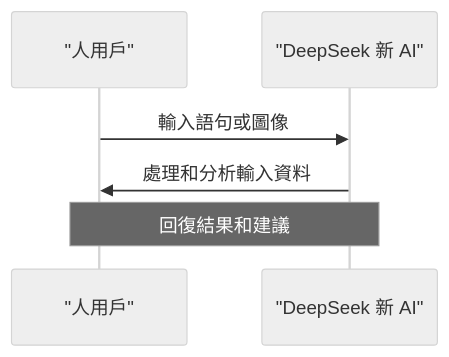
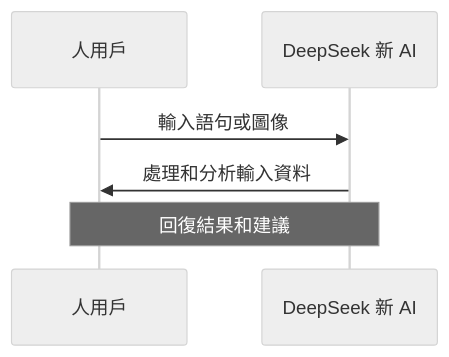
One commit to a920604a/engineernews changed the diagram in src/content/posts/tech/_2026-05-23-deepseeks-new-ai-is-a-game-changer.md. Above: the diagram before and after it, drawn with Mermaid (neutral theme). The commit also changed 2 other files, not shown here.

Commit message:
fix: auto-fix mermaid syntax errors in posts

````diff
--- a/src/content/posts/tech/_2026-05-23-deepseeks-new-ai-is-a-game-changer.md
+++ b/src/content/posts/tech/_2026-05-23-deepseeks-new-ai-is-a-game-changer.md
@@ -29,8 +29,8 @@
 ```mermaid
 sequenceDiagram
-    participant User as "人用戶"
-    participant AI as "DeepSeek 新 AI"
+    participant User as 人用戶
+    participant AI as DeepSeek 新 AI
     User->>AI: 輸入語句或圖像
     AI->>User: 處理和分析輸入資料
     Note over User,AI: 回復結果和建議
 ```
````
